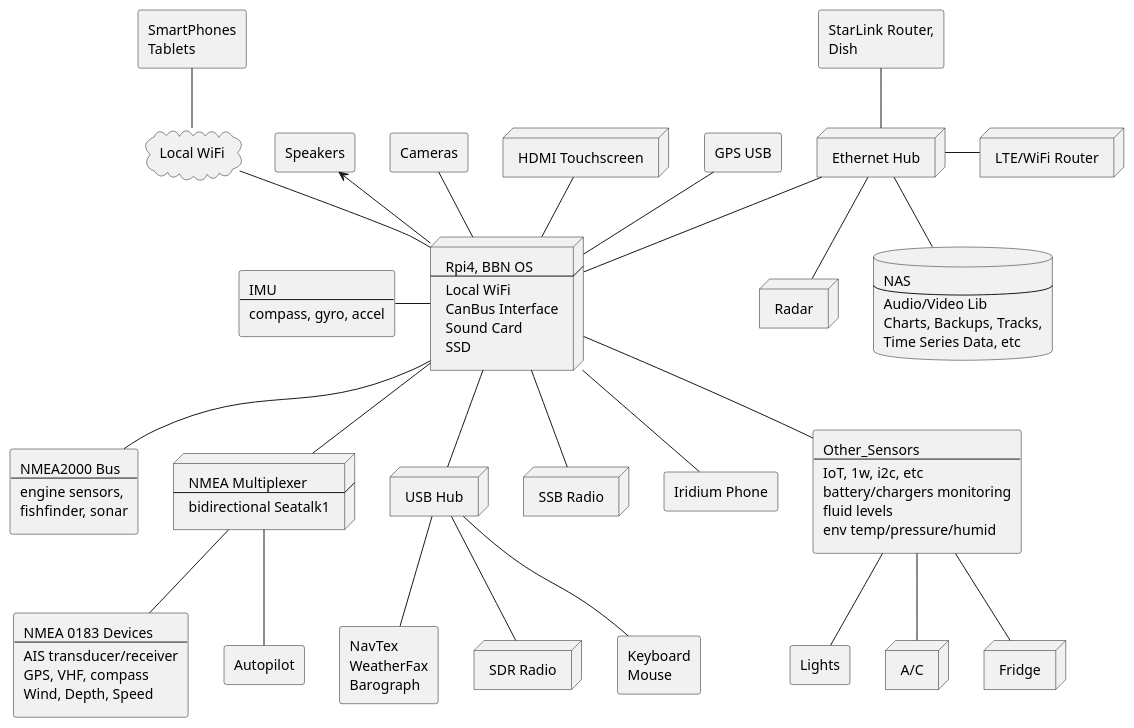
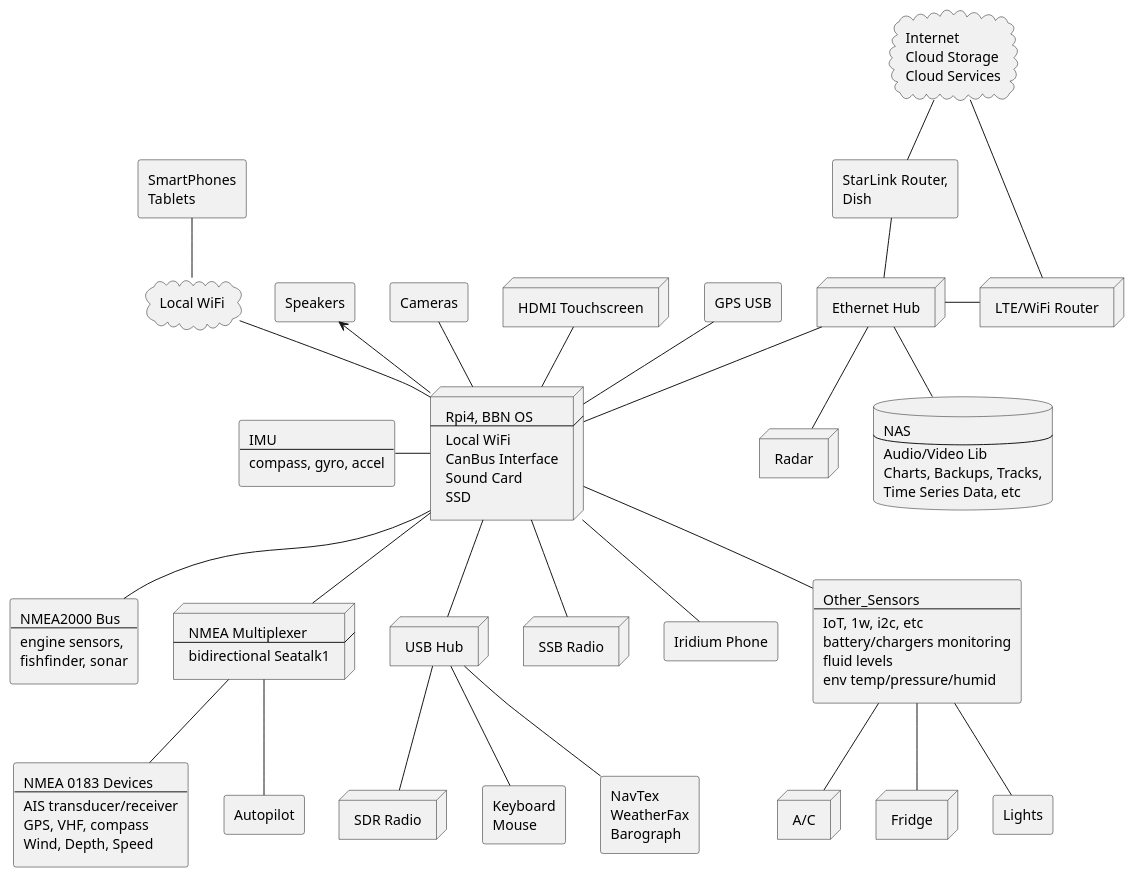
Before and after one commit to bareboat-necessities/my-bareboat: the diagram in docs/plantuml/system-arch.puml, drawn with PlantUML.

```diff
--- a/docs/plantuml/system-arch.puml
+++ b/docs/plantuml/system-arch.puml
@@ -1,173 +1,182 @@
 @startuml
 
 node RPI [
  Rpi4, BBN OS
  ----
  Local WiFi
  CanBus Interface
  Sound Card
  SSD
 ]
 
 rectangle GPS [
  GPS USB
 ]
 
 rectangle IMU [
  IMU
  ----
  compass, gyro, accel
 ]
 
 rectangle NMEA_2000 [
  NMEA2000 Bus
  ----
  engine sensors,
  fishfinder, sonar
 ]
 
 node NMEA_Mux [
  NMEA Multiplexer
  ----
  bidirectional Seatalk1
 ]
 
 rectangle NMEA_0183 [
  NMEA 0183 Devices
  ----
  AIS transducer/receiver
  GPS, VHF, compass
  Wind, Depth, Speed
 ]
 
 rectangle AP [
  Autopilot
 ]
 
 node Eth_Hub [
  Ethernet Hub
 ]
 
 node USB_Hub [
  USB Hub
 ]
 
 node Router [
  LTE/WiFi Router
 ]
 
 rectangle Dish_Router [
  StarLink Router,
  Dish
 ]
 
 node Radar [
  Radar
 ]
 
 node Touchscreen [
  HDMI Touchscreen
 ]
 
 rectangle Speakers [
  Speakers
 ]
 
 rectangle Cameras [
  Cameras
 ]
 
 node SDR [
  SDR Radio
 ]
 
 node SSB [
  SSB Radio
 ]
 
 cloud WiFi_Local [
  Local WiFi
 ]
 
 rectangle Iridium [
  Iridium Phone
 ]
 
 rectangle Other_Sensors [
  Other_Sensors
  ----
  IoT, 1w, i2c, etc
  battery/chargers monitoring
  fluid levels
  env temp/pressure/humid
 ]
 
 node AC [
  A/C
 ]
 
 node Fridge [
  Fridge
 ]
 
 rectangle Lights [
  Lights
 ]
 
 rectangle Keyboard_Mouse [
  Keyboard
  Mouse
 ]
 
 rectangle Weather [
  NavTex
  WeatherFax
  Barograph
 ]
 
 rectangle SmartPhone [
  SmartPhones
  Tablets
 ]
 
 database NAS [
  NAS
  ----
  Audio/Video Lib
  Charts, Backups, Tracks,
  Time Series Data, etc
 ]
 
+cloud Cloud_Internet [
+ Internet
+ Cloud Storage
+ Cloud Services
+]
+
 RPI -u- GPS
 RPI -l- IMU
 RPI -- NMEA_2000
 RPI -- NMEA_Mux
 RPI -u- Eth_Hub
 RPI -- USB_Hub
 RPI -u- Touchscreen
 RPI -u- Cameras
 RPI -u-> Speakers
 RPI -- SSB
 RPI -- Iridium
 RPI -- Other_Sensors
 RPI -u- WiFi_Local
 
 SmartPhone -- WiFi_Local
 
 Eth_Hub -r- Router
 Eth_Hub -- Radar
 Eth_Hub -- NAS
 Eth_Hub -u- Dish_Router
 
 USB_Hub -- SDR
 USB_Hub -- Weather
 USB_Hub -- Keyboard_Mouse
 
 Other_Sensors -- AC
 Other_Sensors -- Fridge
 Other_Sensors -- Lights
 
 NMEA_Mux -- NMEA_0183
 NMEA_Mux -- AP
 
+Cloud_Internet -- Dish_Router
+Cloud_Internet -- Router
+
 @enduml
```
